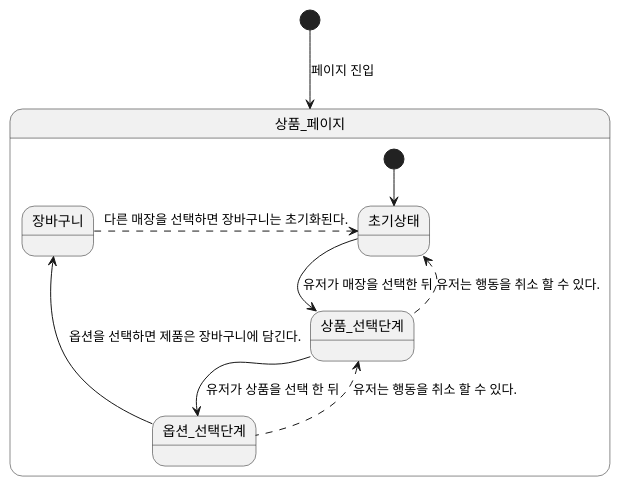
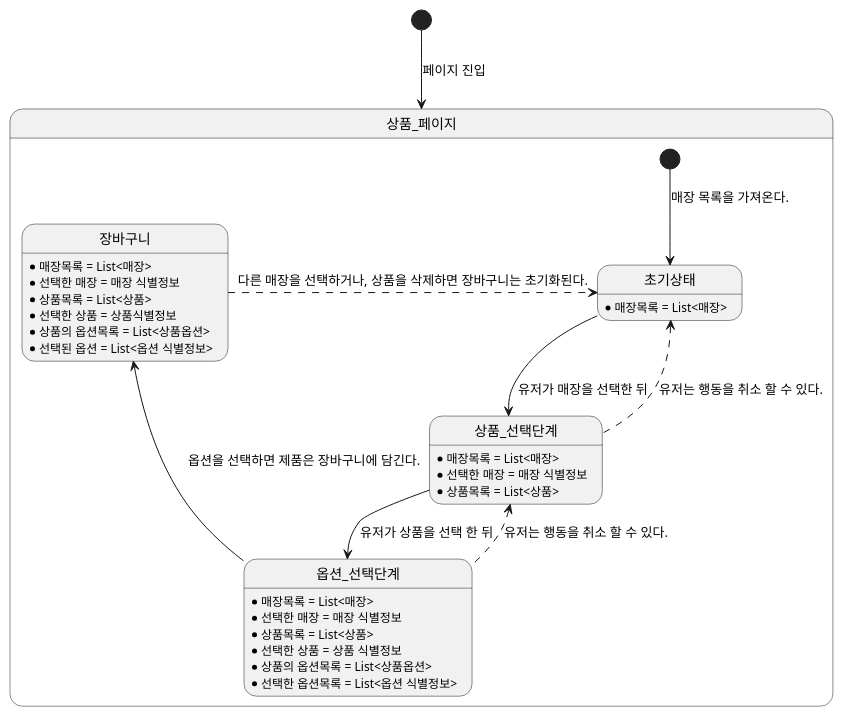
Before and after one commit to WongueShin/WhyFEneed2DrowUml: the diagram in StateTrasitionDiagram.puml, drawn with PlantUML.

Commit message:
각 상태별 들고 있어야 할 정보 정의

```diff
--- a/StateTrasitionDiagram.puml
+++ b/StateTrasitionDiagram.puml
@@ -1,12 +1,34 @@
 @startuml
 [*] --> 상품_페이지 : 페이지 진입
 state 상품_페이지 {
-  [*] --> 초기상태
+  [*] --> 초기상태 : 매장 목록을 가져온다.
   초기상태 --> 상품_선택단계 : 유저가 매장을 선택한 뒤
+  
   상품_선택단계 -up[dashed]-> 초기상태 : 유저는 행동을 취소 할 수 있다.
   상품_선택단계 --> 옵션_선택단계 : 유저가 상품을 선택 한 뒤
+  
   옵션_선택단계 -up[dashed]-> 상품_선택단계 : 유저는 행동을 취소 할 수 있다.
   옵션_선택단계 -up-> 장바구니 : 옵션을 선택하면 제품은 장바구니에 담긴다.
-  장바구니 -right[dashed]-> 초기상태 : 다른 매장을 선택하면 장바구니는 초기화된다.
+  장바구니 -right[dashed]-> 초기상태 : 다른 매장을 선택하거나, 상품을 삭제하면 장바구니는 초기화된다.
 }
+
+초기상태 : * 매장목록 = List<매장>
+
+상품_선택단계 : * 매장목록 = List<매장>
+상품_선택단계 : * 선택한 매장 = 매장 식별정보
+상품_선택단계 : * 상품목록 = List<상품>
+
+옵션_선택단계 : * 매장목록 = List<매장>
+옵션_선택단계 : * 선택한 매장 = 매장 식별정보
+옵션_선택단계 : * 상품목록 = List<상품>
+옵션_선택단계 : * 선택한 상품 = 상품 식별정보
+옵션_선택단계 : * 상품의 옵션목록 = List<상품옵션>
+옵션_선택단계 : * 선택한 옵션목록 = List<옵션 식별정보>
+
+장바구니 : * 매장목록 = List<매장>
+장바구니 : * 선택한 매장 = 매장 식별정보
+장바구니 : * 상품목록 = List<상품>
+장바구니 : * 선택한 상품 = 상품식별정보
+장바구니 : * 상품의 옵션목록 = List<상품옵션>
+장바구니 : * 선택된 옵션 = List<옵션 식별정보>
 @enduml
```
